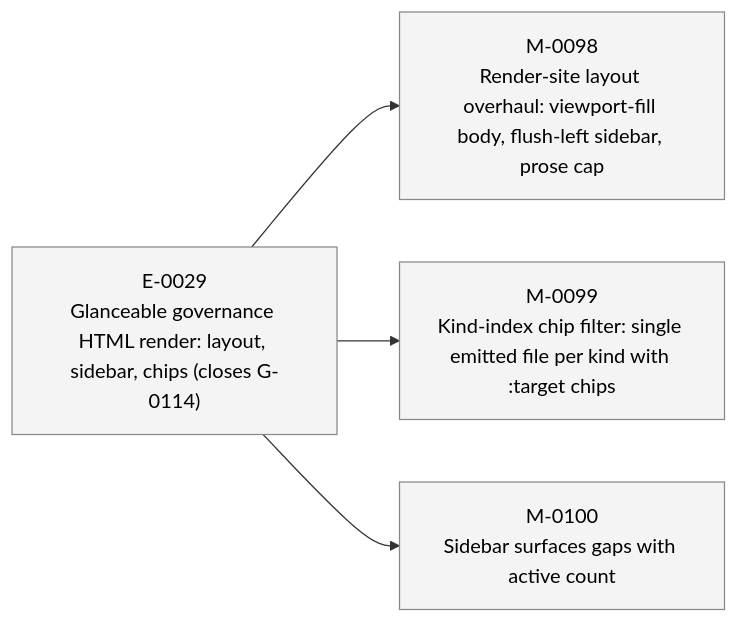
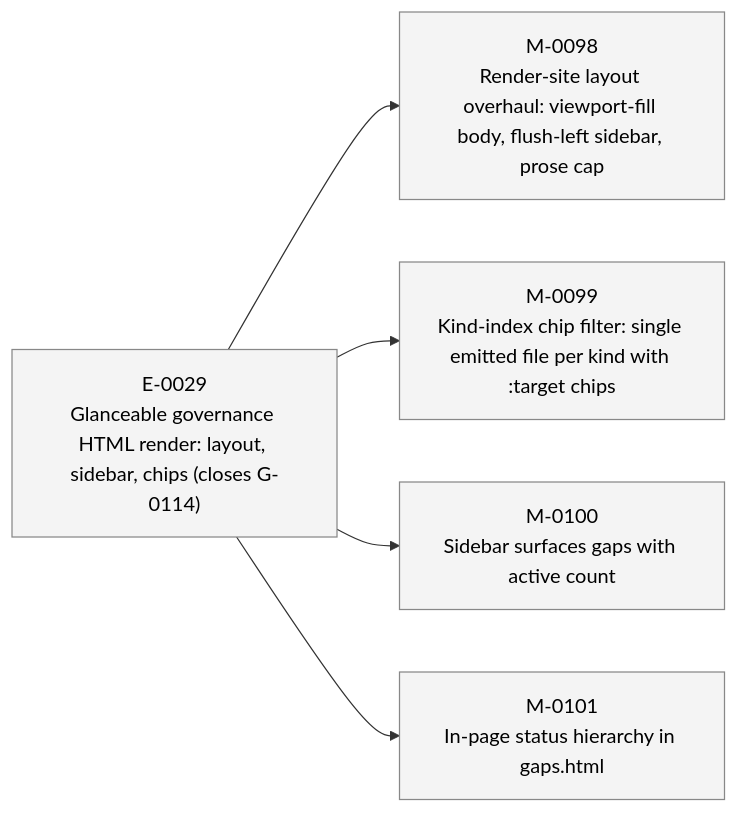
Before and after one commit to 23min/aiwf: the third of 3 diagrams in STATUS.md, drawn with Mermaid. The commit also changed other lines of this file and 1 other file, not shown here.

First line of the commit message:
aiwf add milestone M-0101 "In-page status hierarchy in gaps.html"

````diff
--- a/STATUS.md
+++ b/STATUS.md
@@ -70,16 +71,18 @@
 ```mermaid
 flowchart LR
   E_0029["E-0029<br/>Glanceable governance HTML render: layout, sidebar, chips (closes G-0114)"]:::epic_proposed
   M_0098["M-0098<br/>Render-site layout overhaul: viewport-fill body, flush-left sidebar, prose cap"]:::ms_draft
   E_0029 --> M_0098
   M_0099["M-0099<br/>Kind-index chip filter: single emitted file per kind with :target chips"]:::ms_draft
   E_0029 --> M_0099
   M_0100["M-0100<br/>Sidebar surfaces gaps with active count"]:::ms_draft
   E_0029 --> M_0100
+  M_0101["M-0101<br/>In-page status hierarchy in gaps.html"]:::ms_draft
+  E_0029 --> M_0101
   classDef epic_active fill:#d6eaff,stroke:#1a73e8,color:#000
   classDef epic_proposed fill:#f4f4f4,stroke:#888,color:#000
   classDef ms_done fill:#d8f5d8,stroke:#2a8a2a,color:#000
   classDef ms_in_progress fill:#fff3c4,stroke:#caa400,color:#000
   classDef ms_draft fill:#f4f4f4,stroke:#888,color:#000
   classDef ms_cancelled fill:#fbeaea,stroke:#c33,color:#000
 ```
````
